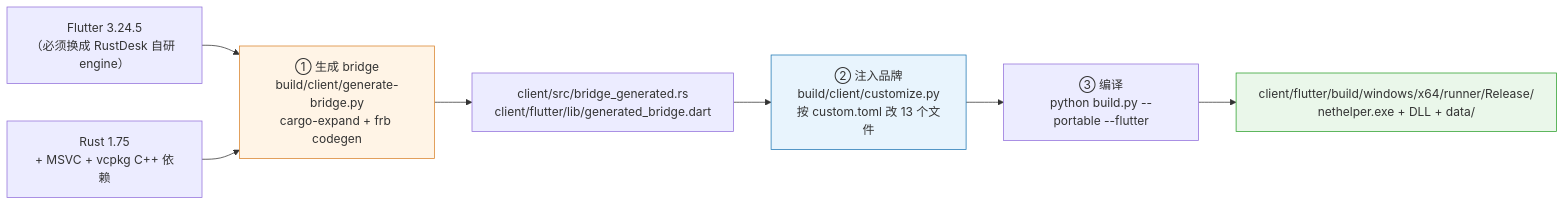
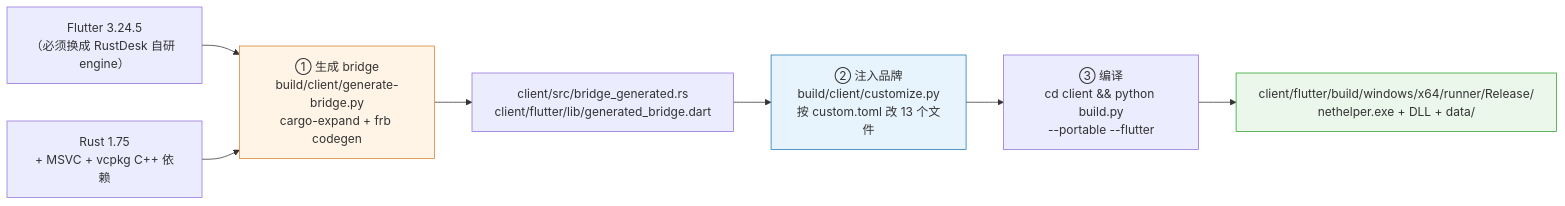
The third of 4 diagrams in docs/01-architecture.md (liaozhimingandy/wedesk), drawn with Mermaid before and after one commit. The commit also changed other lines of this file and 10 other files, not shown here.

````diff
--- a/docs/01-architecture.md
+++ b/docs/01-architecture.md
@@ -178,17 +182,17 @@
 ```mermaid
 flowchart LR
     A["Flutter 3.24.5<br/>（必须换成 RustDesk 自研 engine）"] --> C
     B["Rust 1.75<br/>+ MSVC + vcpkg C++ 依赖"] --> C
 
     C["① 生成 bridge<br/>build/client/generate-bridge.py<br/>cargo-expand + frb codegen"] --> D
     D["client/src/bridge_generated.rs<br/>client/flutter/lib/generated_bridge.dart"] --> E
 
     E["② 注入品牌<br/>build/client/customize.py<br/>按 custom.toml 改 13 个文件"] --> F
 
-    F["③ 编译<br/>python build.py --portable --flutter"] --> G
+    F["③ 编译<br/>cd client &amp;&amp; python build.py<br/>--portable --flutter"] --> G
     G["client/flutter/build/windows/x64/runner/Release/<br/>nethelper.exe + DLL + data/"]
 
     style C fill:#fff4e6,stroke:#d9822b
     style E fill:#e8f4fd,stroke:#1f77b4
     style G fill:#eaf7ea,stroke:#2ca02c
 ```
````
